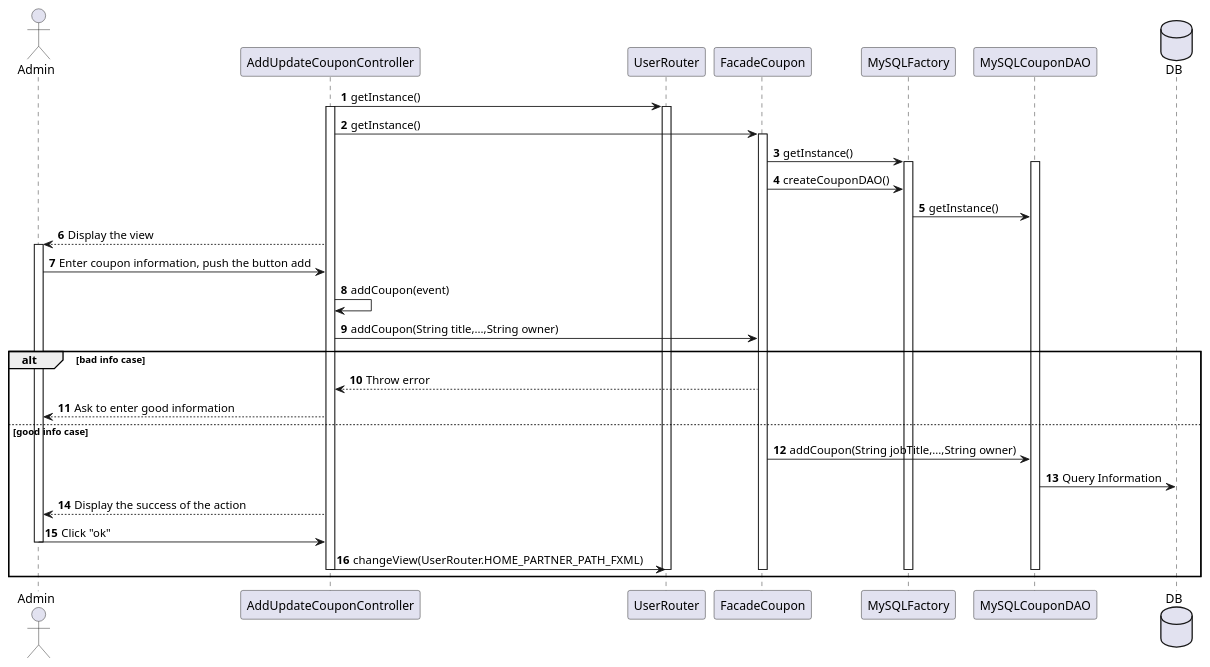
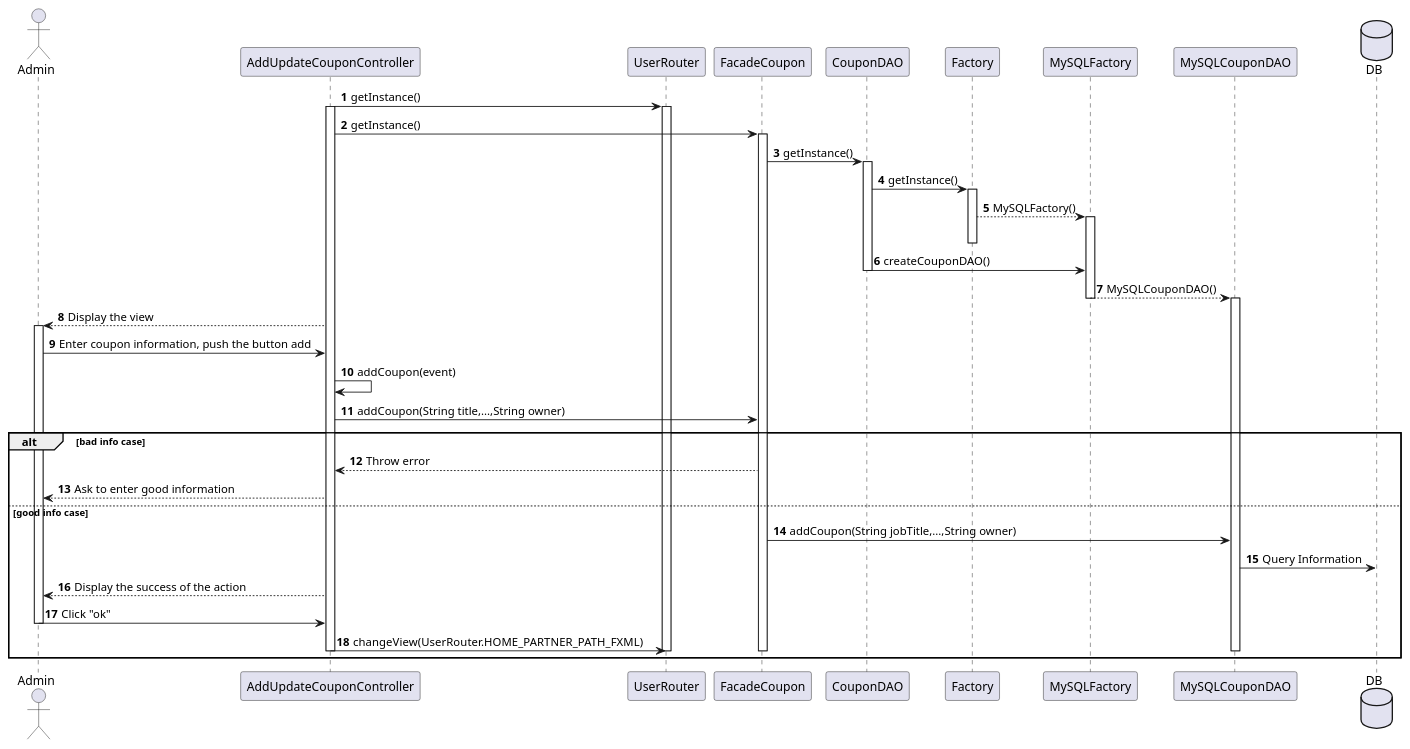
Before and after one commit to guiguie34/StudEasy: the diagram in project_diagrams/sequenceDiagrams/couponManagement.puml, drawn with PlantUML. The commit also changed 1 other file, not shown here.

Commit message:
Fix sequence Diagram

```diff
--- a/project_diagrams/sequenceDiagrams/couponManagement.puml
+++ b/project_diagrams/sequenceDiagrams/couponManagement.puml
@@ -1,43 +1,49 @@
 @startuml
 autonumber
 actor Admin
 
 AddUpdateCouponController -> UserRouter : getInstance()
 activate AddUpdateCouponController
 activate UserRouter
 AddUpdateCouponController -> FacadeCoupon : getInstance()
 activate FacadeCoupon
-FacadeCoupon -> MySQLFactory : getInstance()
+FacadeCoupon -> CouponDAO : getInstance()
+activate CouponDAO
+CouponDAO -> Factory : getInstance()
+activate Factory
+Factory --> MySQLFactory : MySQLFactory()
 activate MySQLFactory
+deactivate Factory
+CouponDAO -> MySQLFactory : createCouponDAO()
+deactivate CouponDAO
+MySQLFactory --> MySQLCouponDAO : MySQLCouponDAO()
+    deactivate MySQLFactory
 
 activate MySQLCouponDAO
 
-FacadeCoupon -> MySQLFactory : createCouponDAO()
-MySQLFactory -> MySQLCouponDAO : getInstance()
 
 AddUpdateCouponController --> Admin : Display the view
 activate Admin
 Admin -> AddUpdateCouponController : Enter coupon information, push the button add
 AddUpdateCouponController -> AddUpdateCouponController : addCoupon(event)
 AddUpdateCouponController -> FacadeCoupon : addCoupon(String title,...,String owner)
 alt bad info case
     FacadeCoupon --> AddUpdateCouponController : Throw error
     AddUpdateCouponController --> Admin : Ask to enter good information
 else good info case
     FacadeCoupon -> MySQLCouponDAO : addCoupon(String jobTitle,...,String owner)
     database DB
     MySQLCouponDAO -> DB : Query Information
     AddUpdateCouponController --> Admin : Display the success of the action
 
     Admin -> AddUpdateCouponController : Click "ok"
     deactivate Admin
     AddUpdateCouponController -> UserRouter : changeView(UserRouter.HOME_PARTNER_PATH_FXML)
     deactivate AddUpdateCouponController
     deactivate UserRouter
-    deactivate MySQLFactory
     deactivate FacadeCoupon
     deactivate MySQLCouponDAO
 
 
 end
 @enduml
```
